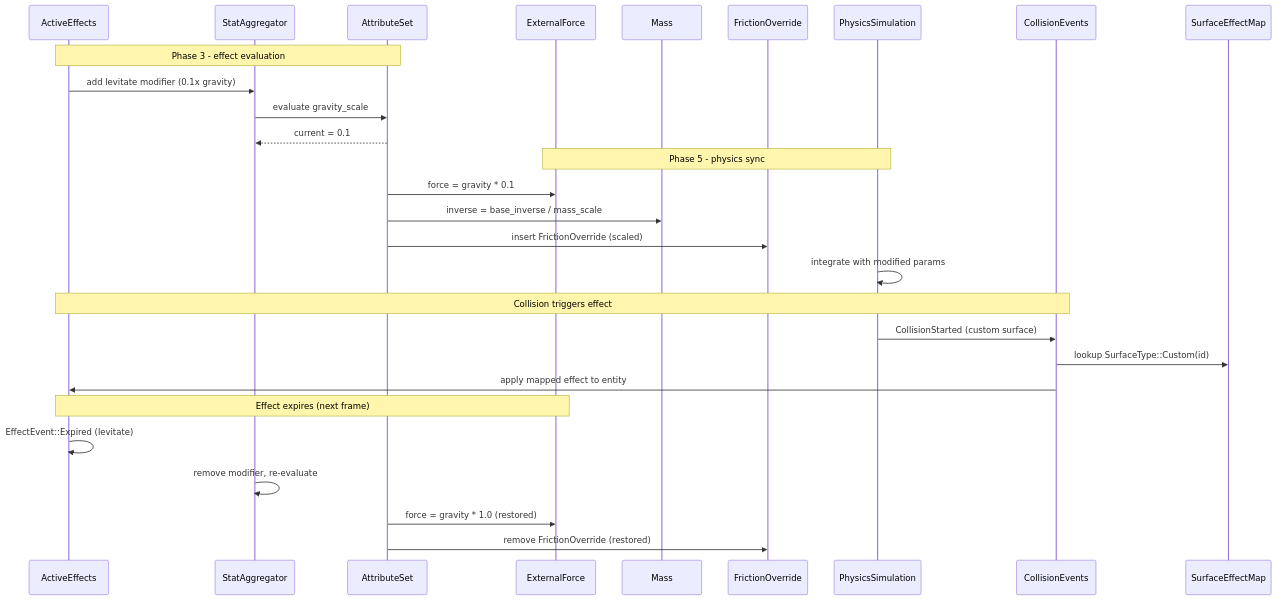
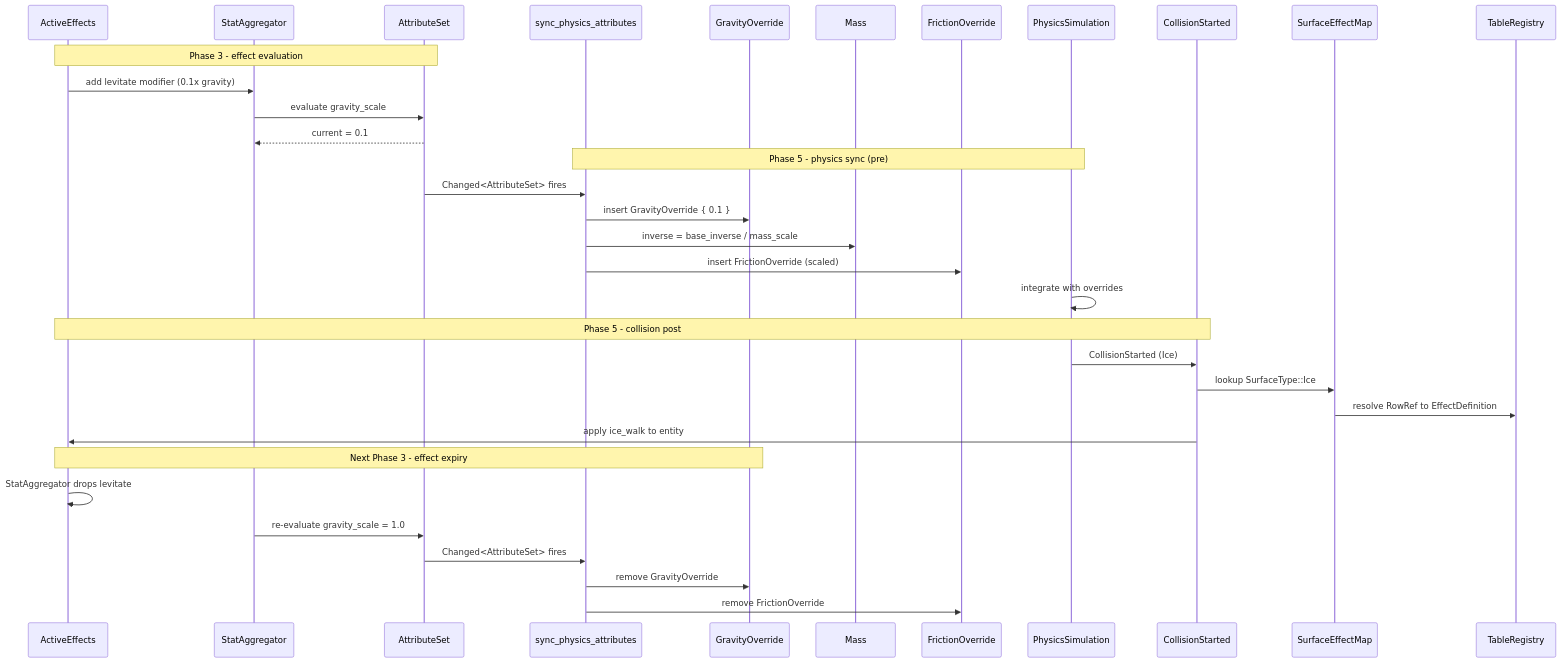
The second of 2 diagrams in docs/design/integration/attributes-effects-physics.md (harmonius-dev/harmonius), drawn with Mermaid before and after one commit. The commit also changed other lines of this file and 109 other files, not shown here.

````diff
--- a/docs/design/integration/attributes-effects-physics.md
+++ b/docs/design/integration/attributes-effects-physics.md
@@ -130,34 +313,39 @@
 ```mermaid
 sequenceDiagram
     participant FX as ActiveEffects
     participant SA as StatAggregator
     participant AS as AttributeSet
-    participant EF as ExternalForce
+    participant SY as sync_physics_attributes
+    participant GO as GravityOverride
     participant MA as Mass
     participant FO as FrictionOverride
     participant PS as PhysicsSimulation
-    participant CE as CollisionEvents
+    participant CE as CollisionStarted
     participant SM as SurfaceEffectMap
+    participant TR as TableRegistry
 
     Note over FX,AS: Phase 3 - effect evaluation
     FX->>SA: add levitate modifier (0.1x gravity)
     SA->>AS: evaluate gravity_scale
     AS-->>SA: current = 0.1
 
-    Note over EF,PS: Phase 5 - physics sync
-    AS->>EF: force = gravity * 0.1
-    AS->>MA: inverse = base_inverse / mass_scale
-    AS->>FO: insert FrictionOverride (scaled)
-    PS->>PS: integrate with modified params
+    Note over SY,PS: Phase 5 - physics sync (pre)
+    AS->>SY: Changed<AttributeSet> fires
+    SY->>GO: insert GravityOverride { 0.1 }
+    SY->>MA: inverse = base_inverse / mass_scale
+    SY->>FO: insert FrictionOverride (scaled)
+    PS->>PS: integrate with overrides
 
-    Note over CE,FX: Collision triggers effect
-    PS->>CE: CollisionStarted (custom surface)
-    CE->>SM: lookup SurfaceType::Custom(id)
-    CE->>FX: apply mapped effect to entity
+    Note over CE,FX: Phase 5 - collision post
+    PS->>CE: CollisionStarted (Ice)
+    CE->>SM: lookup SurfaceType::Ice
+    SM->>TR: resolve RowRef to EffectDefinition
+    CE->>FX: apply ice_walk to entity
 
-    Note over FX,EF: Effect expires (next frame)
-    FX->>FX: EffectEvent::Expired (levitate)
-    SA->>SA: remove modifier, re-evaluate
-    AS->>EF: force = gravity * 1.0 (restored)
-    AS->>FO: remove FrictionOverride (restored)
+    Note over FX,GO: Next Phase 3 - effect expiry
+    FX->>FX: StatAggregator drops levitate
+    SA->>AS: re-evaluate gravity_scale = 1.0
+    AS->>SY: Changed<AttributeSet> fires
+    SY->>GO: remove GravityOverride
+    SY->>FO: remove FrictionOverride
 ```
````
